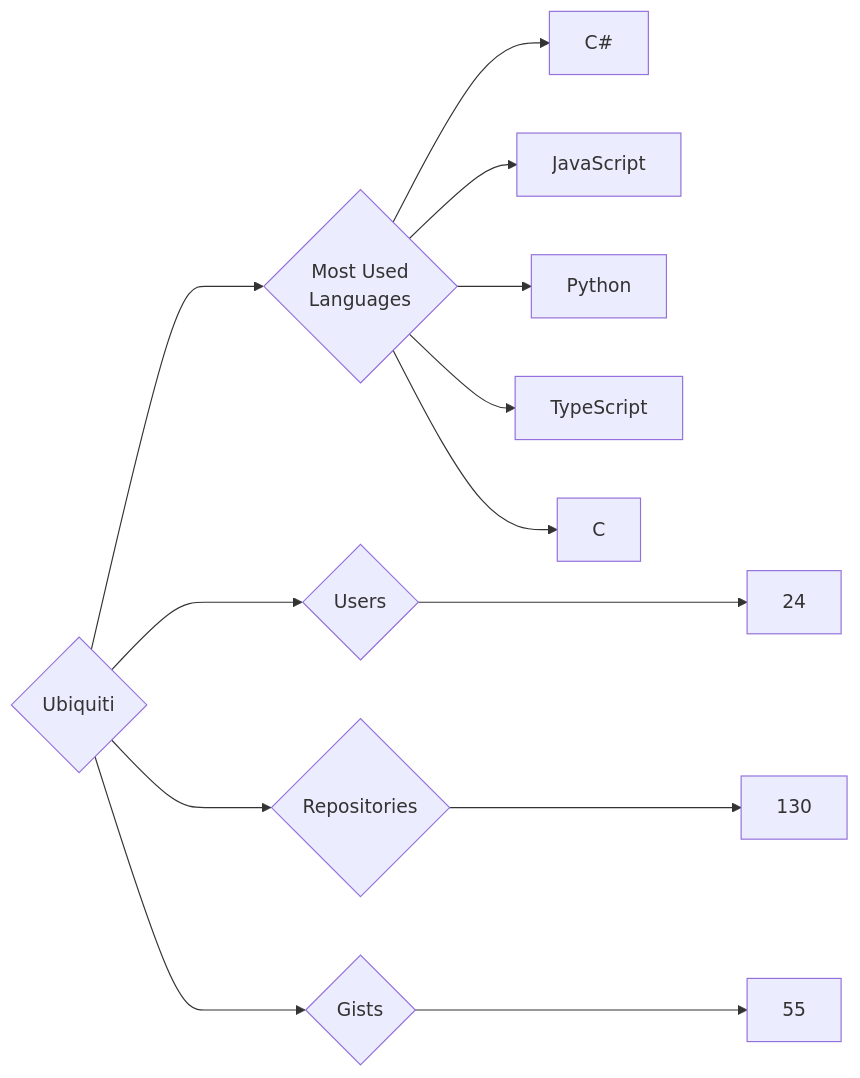
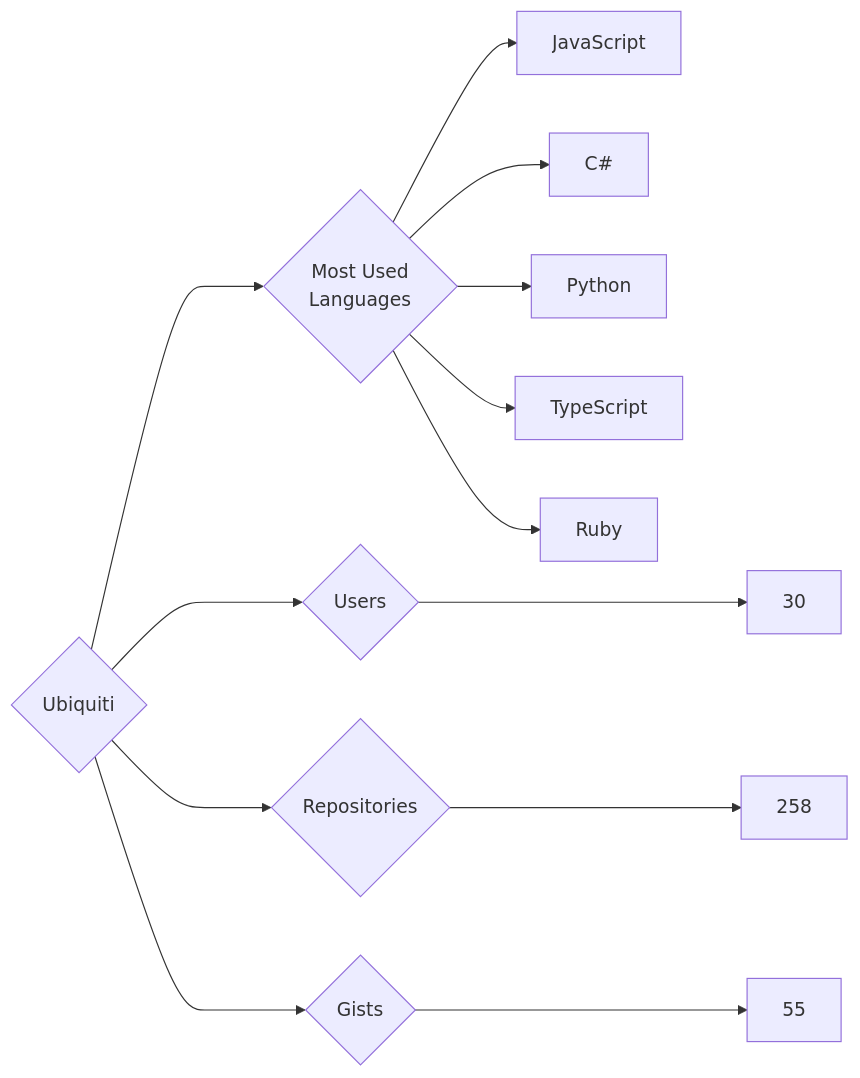
Before and after one commit to trickest/insiders: the diagram in targets/Ubiquiti/README.md, drawn with Mermaid. The commit also changed 681 other files, not shown here.

````diff
--- a/targets/Ubiquiti/README.md
+++ b/targets/Ubiquiti/README.md
@@ -3,13 +3,13 @@
 ```mermaid
 graph LR
 COMPANY_NAME{Ubiquiti}
-COMPANY_NAME ---> U{Users} ---> UN[24]
-COMPANY_NAME ---> R{Repositories} ---> RN[130]
+COMPANY_NAME ---> U{Users} ---> UN[30]
+COMPANY_NAME ---> R{Repositories} ---> RN[258]
 COMPANY_NAME ---> G{Gists} ---> GN[55]
 COMPANY_NAME ---> ML{Most Used<br>Languages}
+ML --> JavaScript[JavaScript]
 ML --> C#[C#]
-ML --> JavaScript[JavaScript]
 ML --> Python[Python]
 ML --> TypeScript[TypeScript]
-ML --> C[C]
+ML --> Ruby[Ruby]
 ```
````
